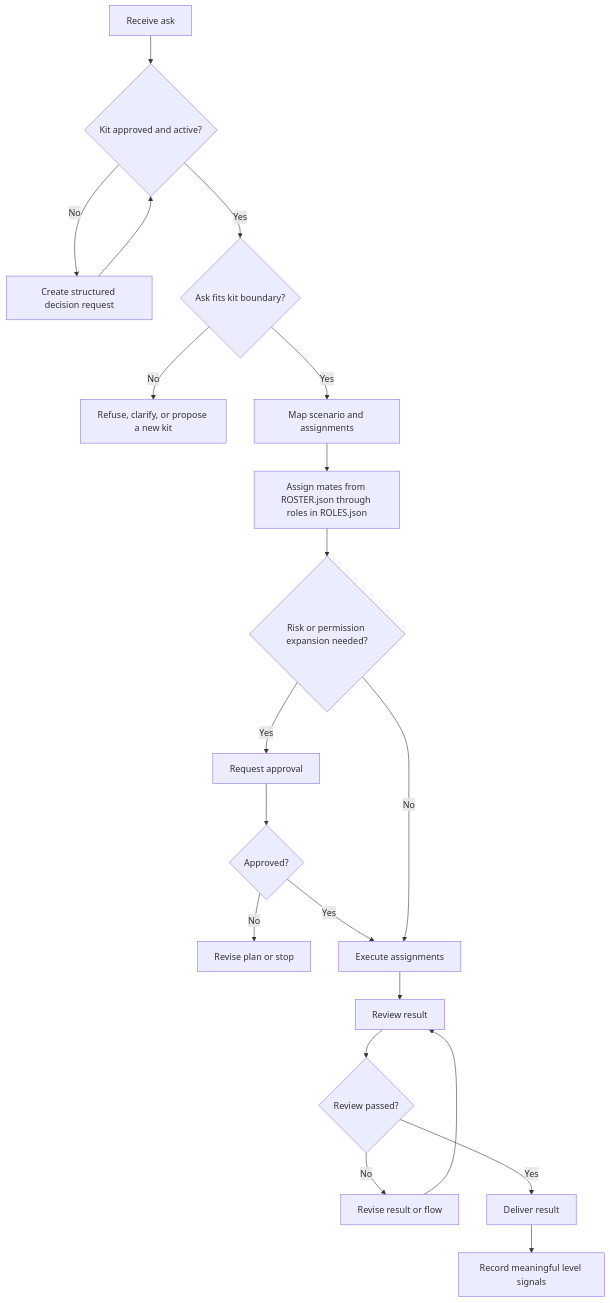
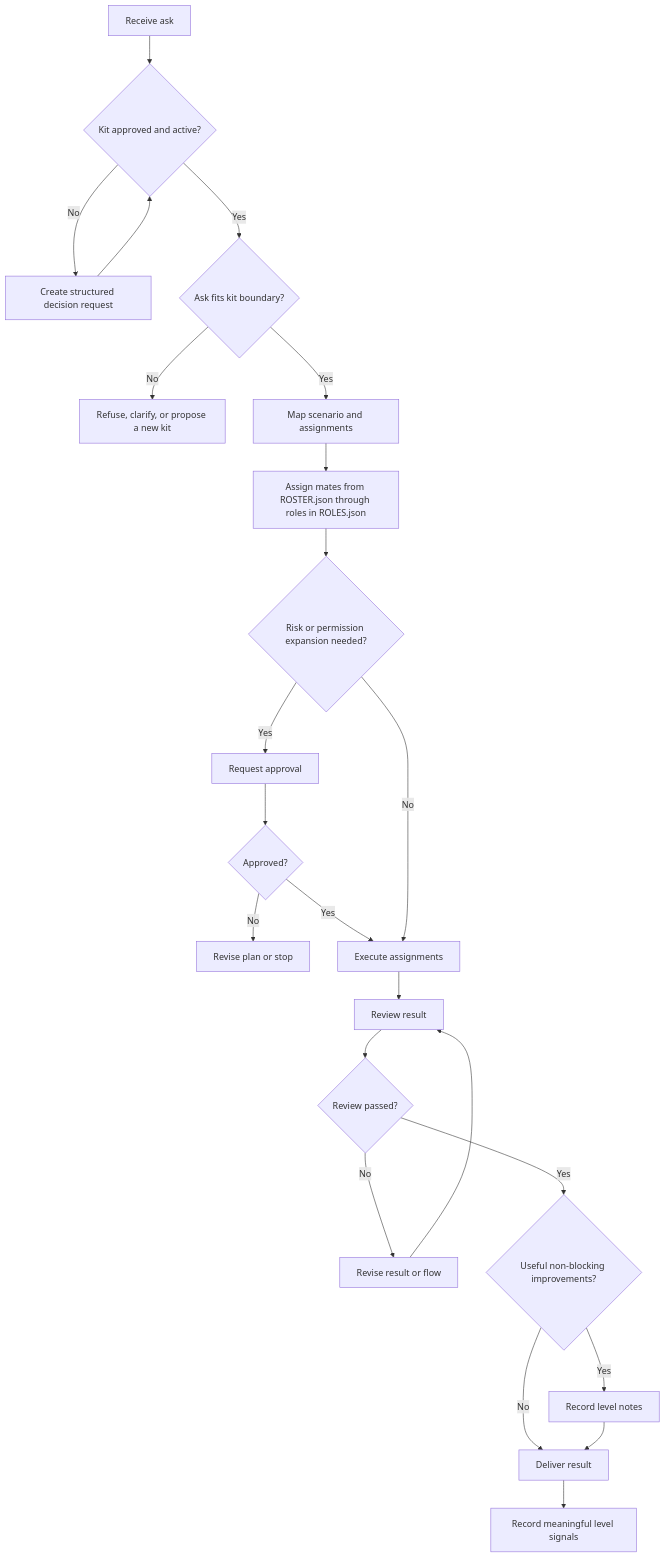
Before and after one commit to liktudy/askdo: the diagram in templates/kit/FLOW.md, drawn with Mermaid. The commit also changed other lines of this file and 47 other files, not shown here.

````diff
--- a/templates/kit/FLOW.md
+++ b/templates/kit/FLOW.md
@@ -14,22 +14,25 @@
 ```mermaid
 flowchart TD
   A["Receive ask"] --> B{"Kit approved and active?"}
   B -- "No" --> C["Create structured decision request"]
   C --> B
   B -- "Yes" --> D{"Ask fits kit boundary?"}
   D -- "No" --> E["Refuse, clarify, or propose a new kit"]
   D -- "Yes" --> F["Map scenario and assignments"]
   F --> G["Assign mates from ROSTER.json through roles in ROLES.json"]
   G --> H{"Risk or permission expansion needed?"}
   H -- "Yes" --> I["Request approval"]
   I --> J{"Approved?"}
   J -- "No" --> K["Revise plan or stop"]
   J -- "Yes" --> L["Execute assignments"]
   H -- "No" --> L
   L --> M["Review result"]
   M --> N{"Review passed?"}
   N -- "No" --> O["Revise result or flow"]
   O --> M
-  N -- "Yes" --> P["Deliver result"]
+  N -- "Yes" --> R{"Useful non-blocking improvements?"}
+  R -- "Yes" --> S["Record level notes"]
+  R -- "No" --> P["Deliver result"]
+  S --> P
   P --> Q["Record meaningful level signals"]
 ```
````
